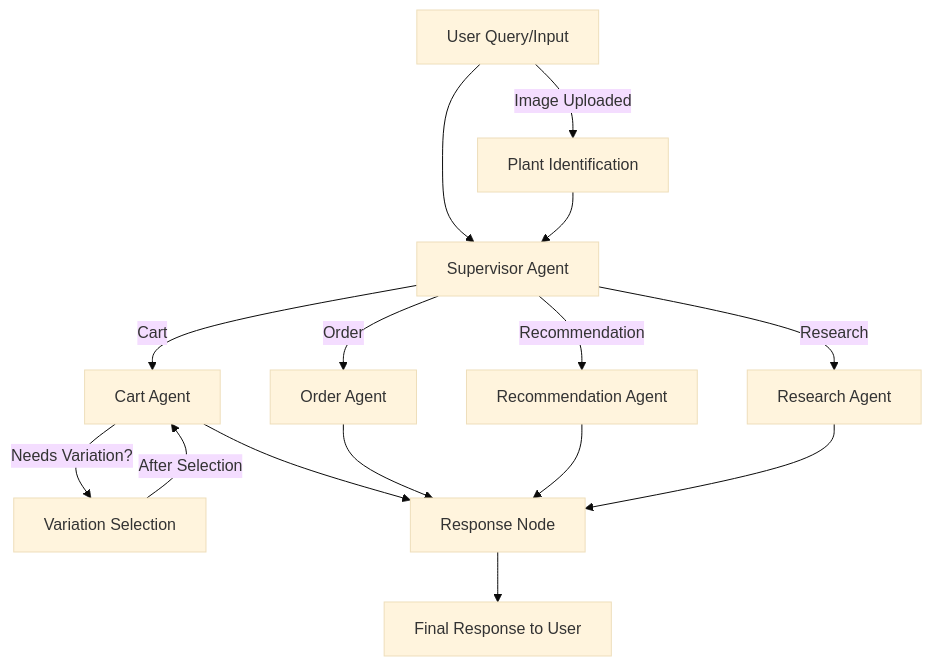
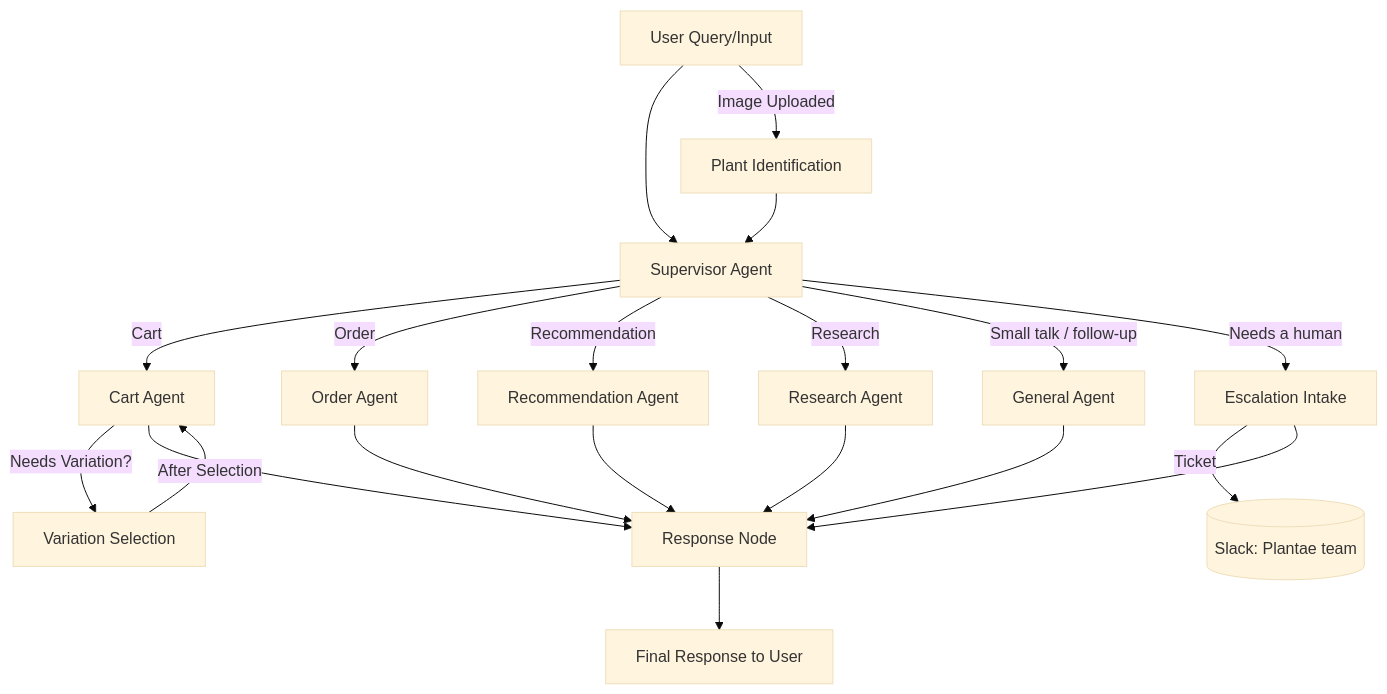
Before and after one commit to ayushraj09/plantae: the diagram in README.md, drawn with Mermaid (base theme). The commit also changed other lines of this file and 46 other files, not shown here.

````diff
--- a/README.md
+++ b/README.md
@@ -91,21 +105,26 @@
 ```mermaid
 flowchart TD
     User[User Query/Input] --> Supervisor[Supervisor Agent]
     Supervisor -->|Cart| Cart[Cart Agent]
     Supervisor -->|Order| Order[Order Agent]
     Supervisor -->|Recommendation| Recommendation[Recommendation Agent]
     Supervisor -->|Research| Research[Research Agent]
+    Supervisor -->|Small talk / follow-up| General[General Agent]
+    Supervisor -->|Needs a human| Intake[Escalation Intake]
     Cart -- Needs Variation? --> Variation[Variation Selection]
     Variation -- After Selection --> Cart
+    Intake -->|Ticket| Slack[(Slack: Plantae team)]
     Cart --> Response[Response Node]
     Order --> Response
     Recommendation --> Response
     Research --> Response
+    General --> Response
+    Intake --> Response
     Response --> UserResp[Final Response to User]
     User -- Image Uploaded --> PlantID[Plant Identification]
     PlantID --> Supervisor
     %% Notes:
     %% - Supervisor routes to one agent per query
     %% - Variation selection only for cart
     %% - Plant identification augments user input if image is uploaded
 ```
````
